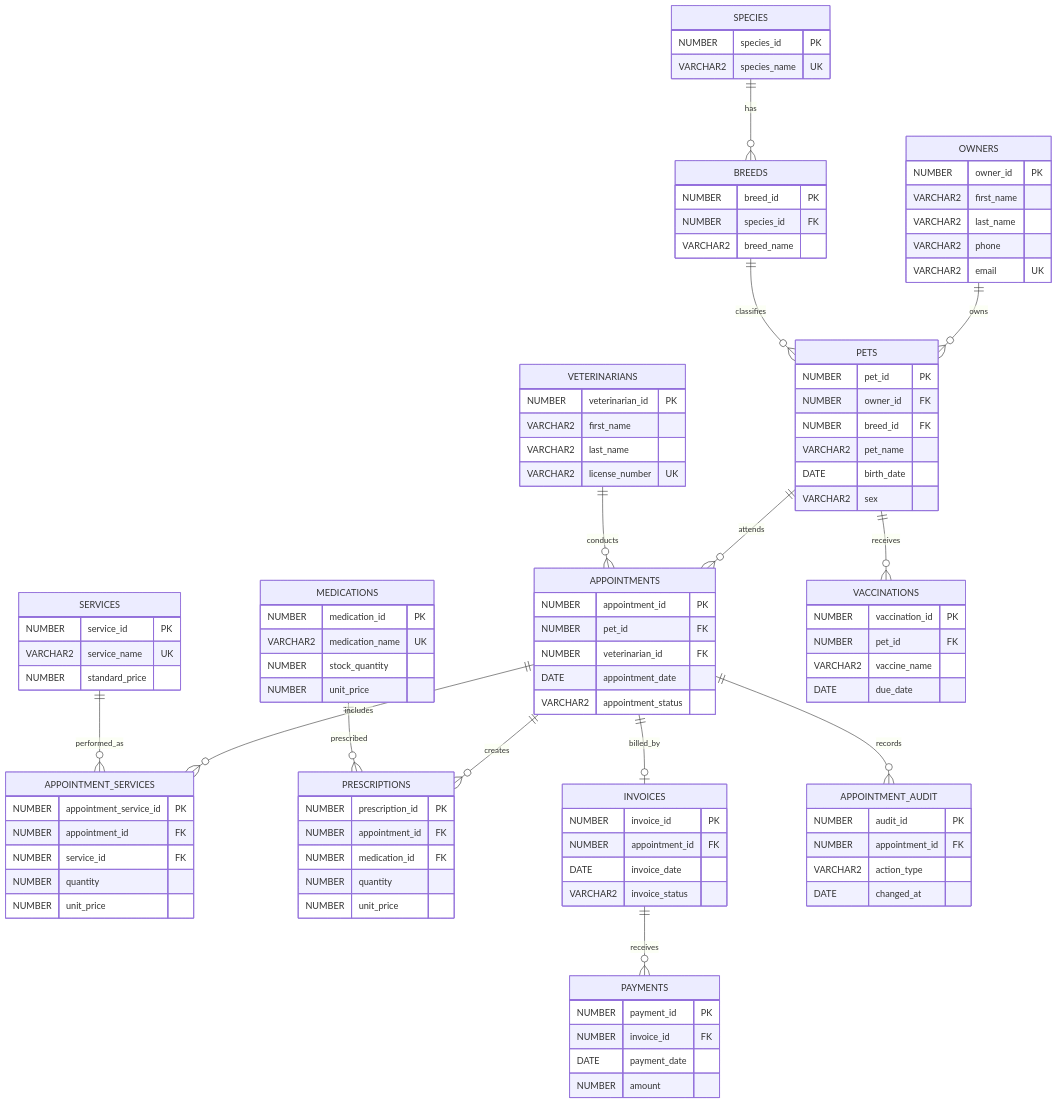
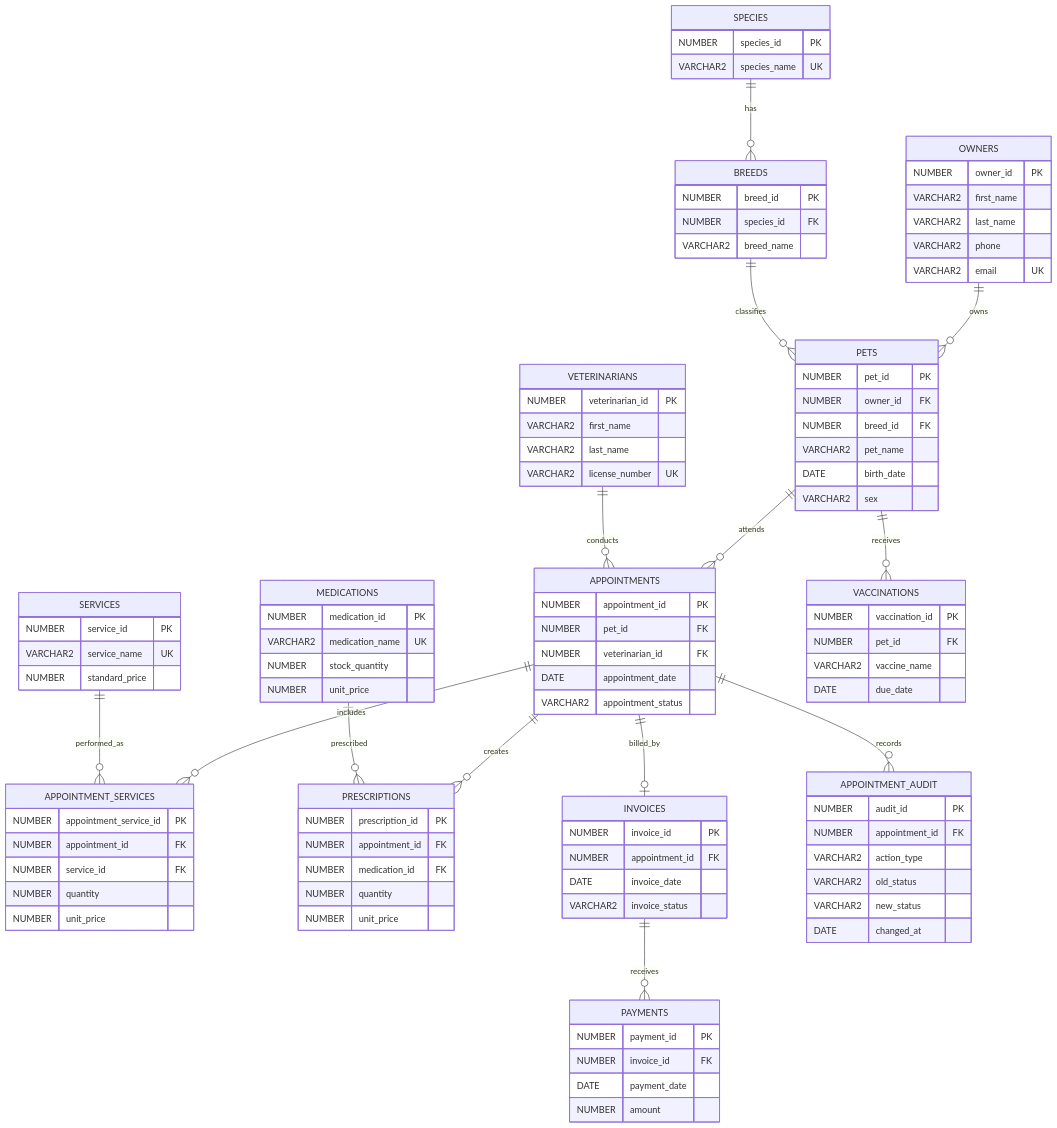
One commit to AFNafi/vet-clinic changed the diagram in docs/erd.md. Above: the diagram before and after it, drawn with Mermaid. The commit also changed 6 other files, not shown here.

````diff
--- a/docs/erd.md
+++ b/docs/erd.md
@@ -102,6 +102,8 @@
         NUMBER audit_id PK
         NUMBER appointment_id FK
         VARCHAR2 action_type
+        VARCHAR2 old_status
+        VARCHAR2 new_status
         DATE changed_at
     }
 ```
````
